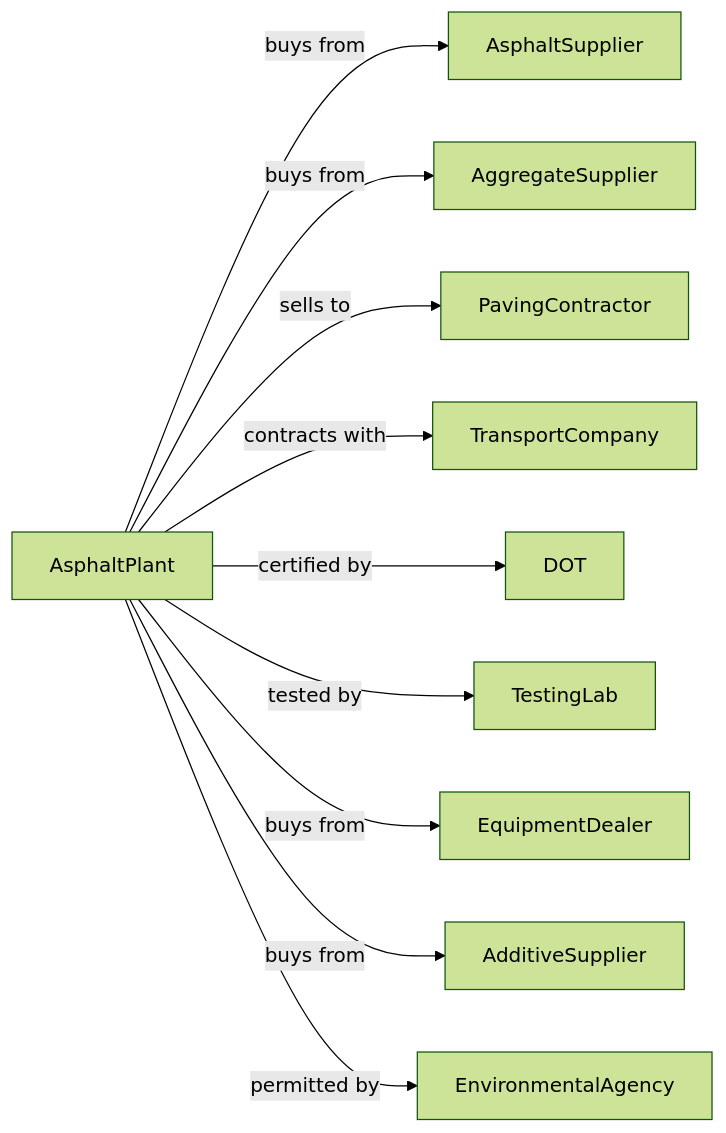
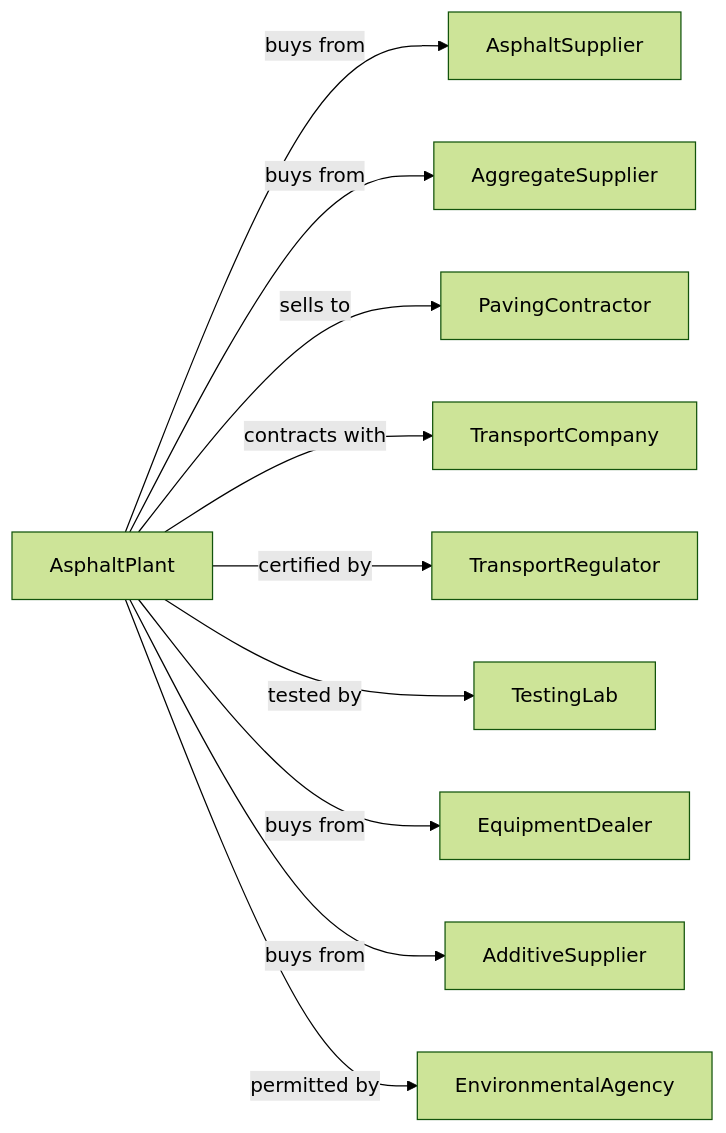
One commit to dot-org-ai/industries.org.ai changed the second of 2 diagrams in Manufacturing/PetroleumAndCoalProductsManufacturing/PetroleumAndCoalProductsManufacturing/AsphaltPavingMixtureAndBlockManufacturing.mdx. Above: the diagram before and after it, drawn with Mermaid (forest theme). The commit also changed other lines of this file and 588 other files, not shown here.

````diff
--- a/Manufacturing/PetroleumAndCoalProductsManufacturing/PetroleumAndCoalProductsManufacturing/AsphaltPavingMixtureAndBlockManufacturing.mdx
+++ b/Manufacturing/PetroleumAndCoalProductsManufacturing/PetroleumAndCoalProductsManufacturing/AsphaltPavingMixtureAndBlockManufacturing.mdx
@@ -144,14 +144,14 @@
 ```mermaid
 graph LR
     P[AsphaltPlant]
 
     P -->|buys from| AsphaltSupplier
     P -->|buys from| AggregateSupplier
     P -->|sells to| PavingContractor
     P -->|contracts with| TransportCompany
-    P -->|certified by| DOT
+    P -->|certified by| TransportRegulator
     P -->|tested by| TestingLab
     P -->|buys from| EquipmentDealer
     P -->|buys from| AdditiveSupplier
     P -->|permitted by| EnvironmentalAgency
 ```
````
